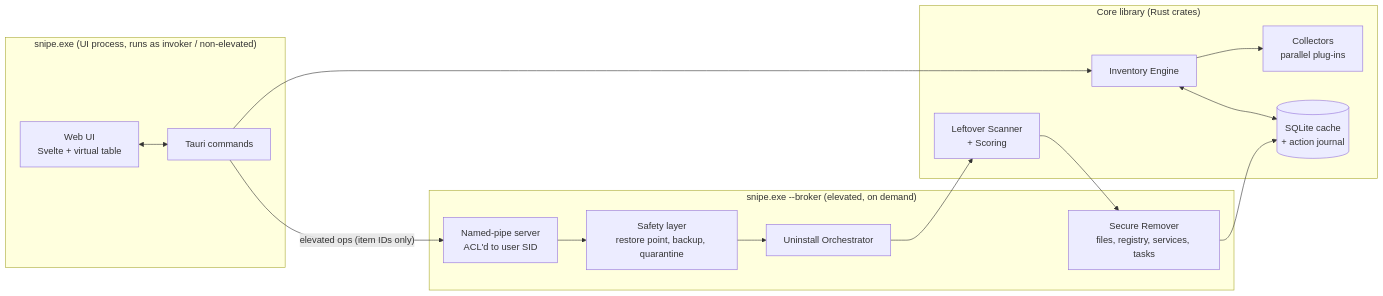
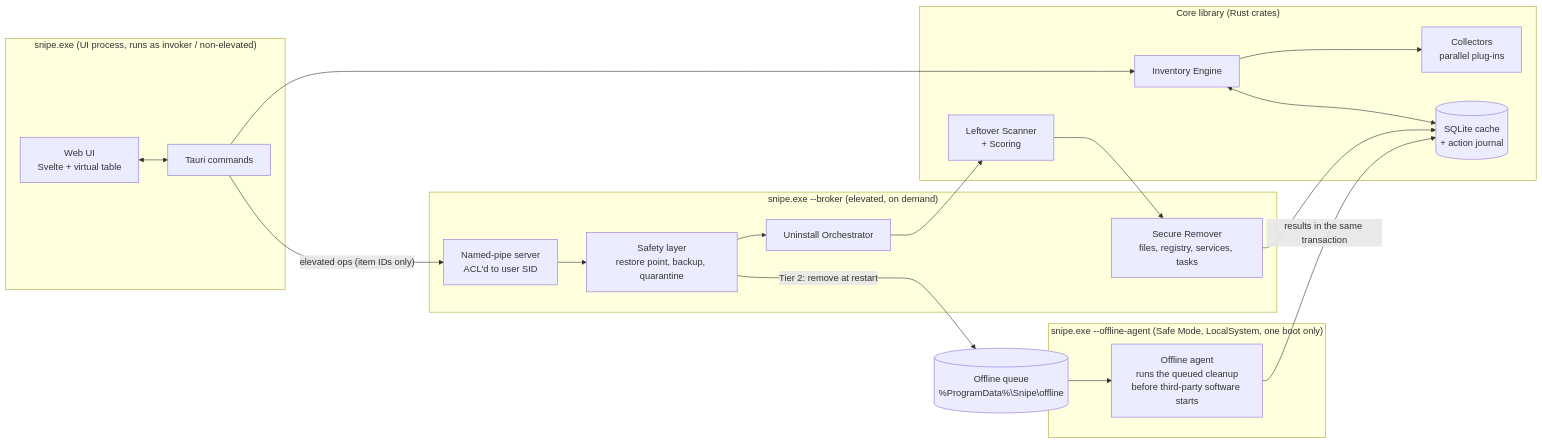
One commit to arteficent/snipe changed the first of 4 diagrams in docs/ARCHITECTURE_AND_PLAN.md. Above: the diagram before and after it, drawn with Mermaid. The commit also changed other lines of this file and 35 other files, not shown here.

````diff
--- a/docs/ARCHITECTURE_AND_PLAN.md
+++ b/docs/ARCHITECTURE_AND_PLAN.md
@@ -65,29 +67,38 @@
 ```mermaid
 flowchart LR
     subgraph UI["snipe.exe (UI process, runs as invoker / non-elevated)"]
         FE[Web UI<br/>Svelte + virtual table]
         TC[Tauri commands]
     end
 
     subgraph CORE["Core library (Rust crates)"]
         INV[Inventory Engine]
         COL[Collectors<br/>parallel plug-ins]
         CACHE[(SQLite cache<br/>+ action journal)]
         TRACE[Leftover Scanner<br/>+ Scoring]
     end
 
     subgraph BROKER["snipe.exe --broker (elevated, on demand)"]
         IPC[Named-pipe server<br/>ACL'd to user SID]
         SAFE[Safety layer<br/>restore point, backup, quarantine]
         UNI[Uninstall Orchestrator]
         DEL[Secure Remover<br/>files, registry, services, tasks]
     end
 
+    subgraph BOOT["snipe.exe --offline-agent (Safe Mode, LocalSystem, one boot only)"]
+        AG[Offline agent<br/>runs the queued cleanup<br/>before third-party software starts]
+    end
+
+    Q[(Offline queue<br/>%ProgramData%\Snipe\offline)]
+
     FE <--> TC
     TC --> INV
     INV --> COL
     INV <--> CACHE
     TC -- "elevated ops (item IDs only)" --> IPC
     IPC --> SAFE --> UNI --> TRACE --> DEL
     DEL --> CACHE
+    SAFE -- "Tier 2: remove at restart" --> Q
+    Q --> AG
+    AG -- "results in the same transaction" --> CACHE
 ```
````
